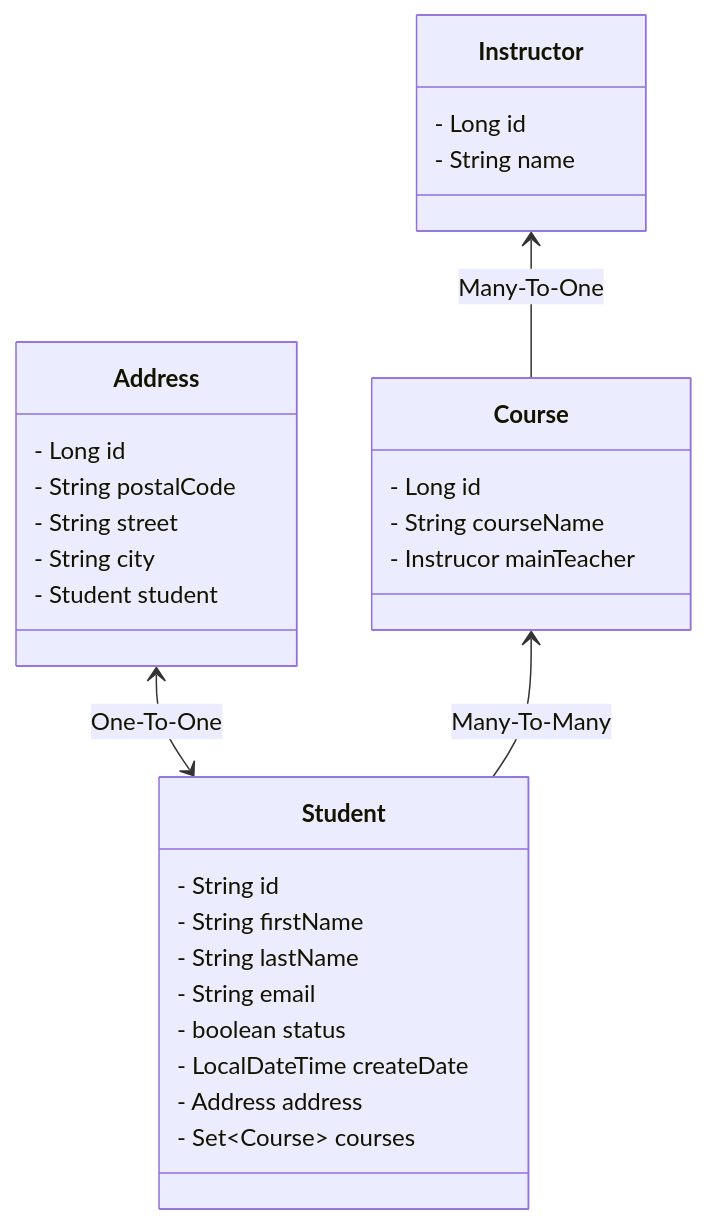
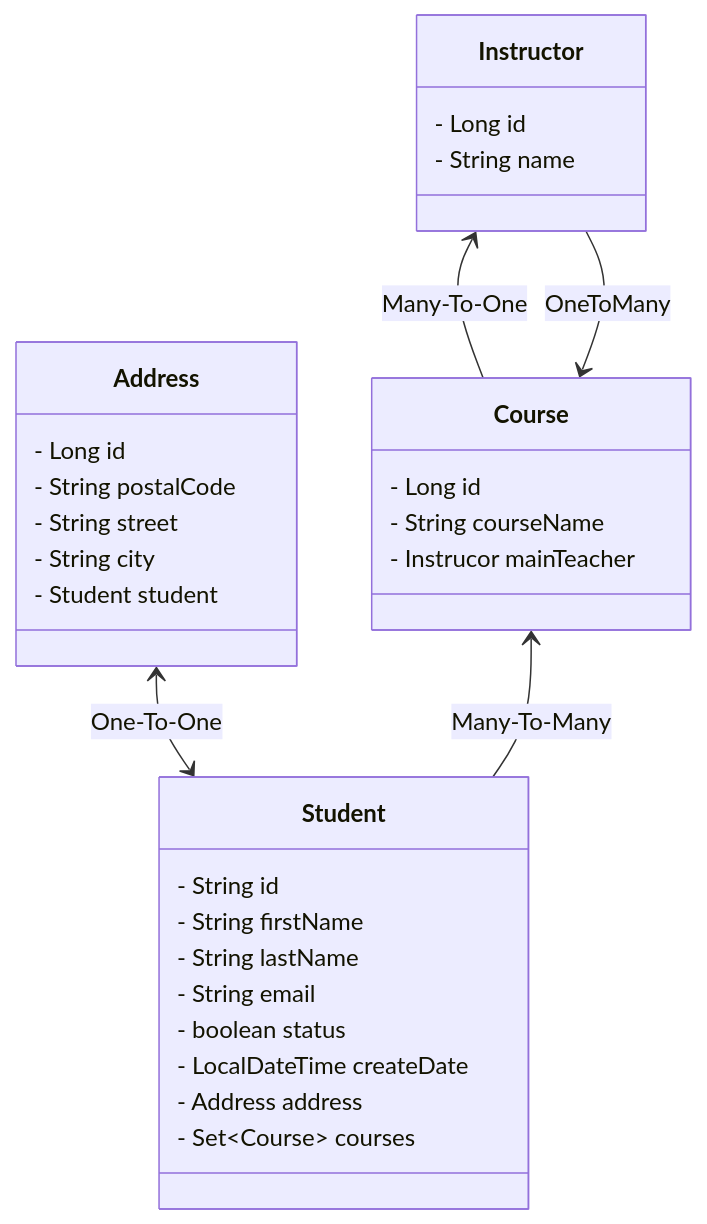
The diagram in Class Diagram - Mermaid.md (Spindelen/G58-jpa_lecture), drawn with Mermaid before and after one commit. The commit also changed 1 other file, not shown here.

Commit message:
Add `One-To-Many` relationship between `Instructor` and `Course`, update diagrams and entity logic
-MOSTLY TRY TO AVOID BI-DIRECTIONAL

`````diff
--- a/Class Diagram - Mermaid.md
+++ b/Class Diagram - Mermaid.md
@@ -1,43 +1,44 @@
 ````mermaid
 
 classDiagram
     direction BT
     
     %% Entities
     
     class Student{
         - String id
         - String firstName
         - String lastName
         - String email
         - boolean status
         - LocalDateTime createDate
         - Address address
         - Set~Course~ courses
     }
     class Address {
         - Long id
         - String postalCode
         - String street
         - String city
         - Student student
     }
     
     class Course{
         - Long id
         - String courseName
         - Instrucor mainTeacher
     }
     
     class Instructor{
         - Long id
         - String name
     }
     
     
     %% Relationships
     Student <--> Address : One-To-One
     Course  --> Instructor : Many-To-One
     Student --> Course : Many-To-Many
+    Course <-- Instructor: OneToMany
     
 ````
`````
